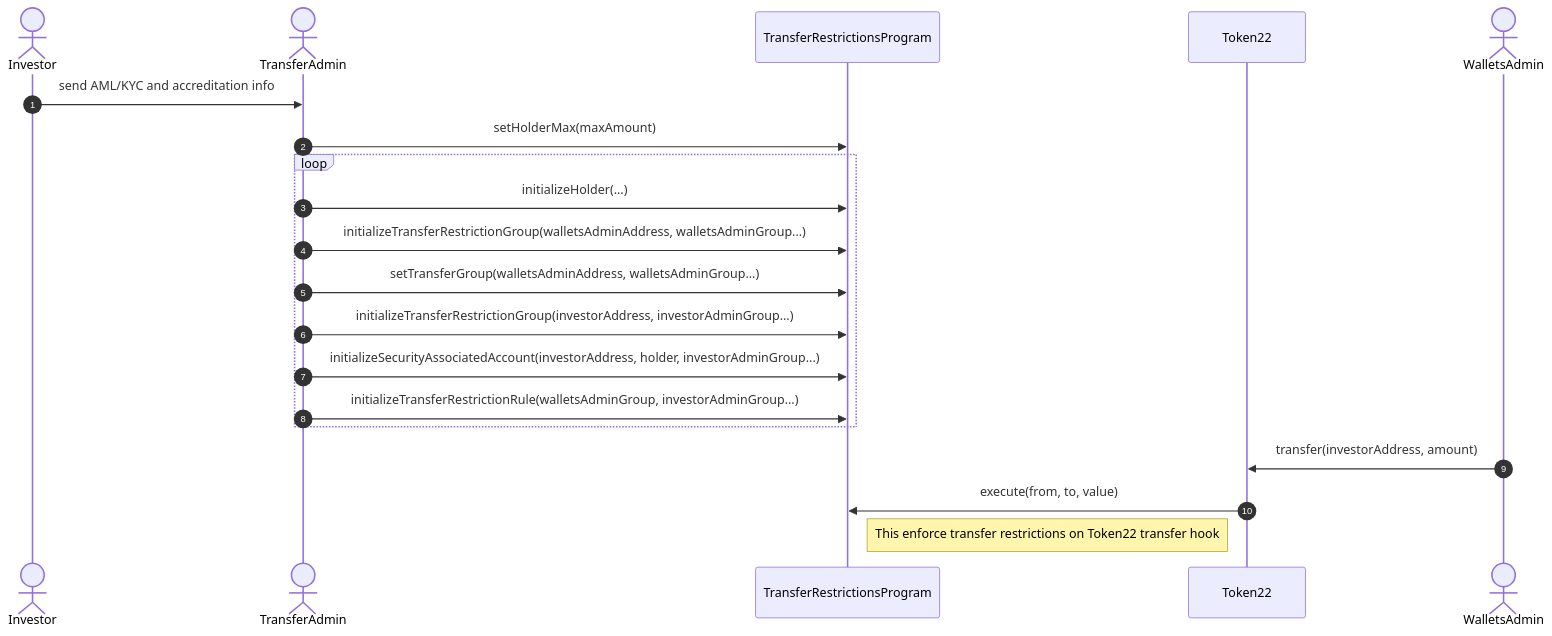
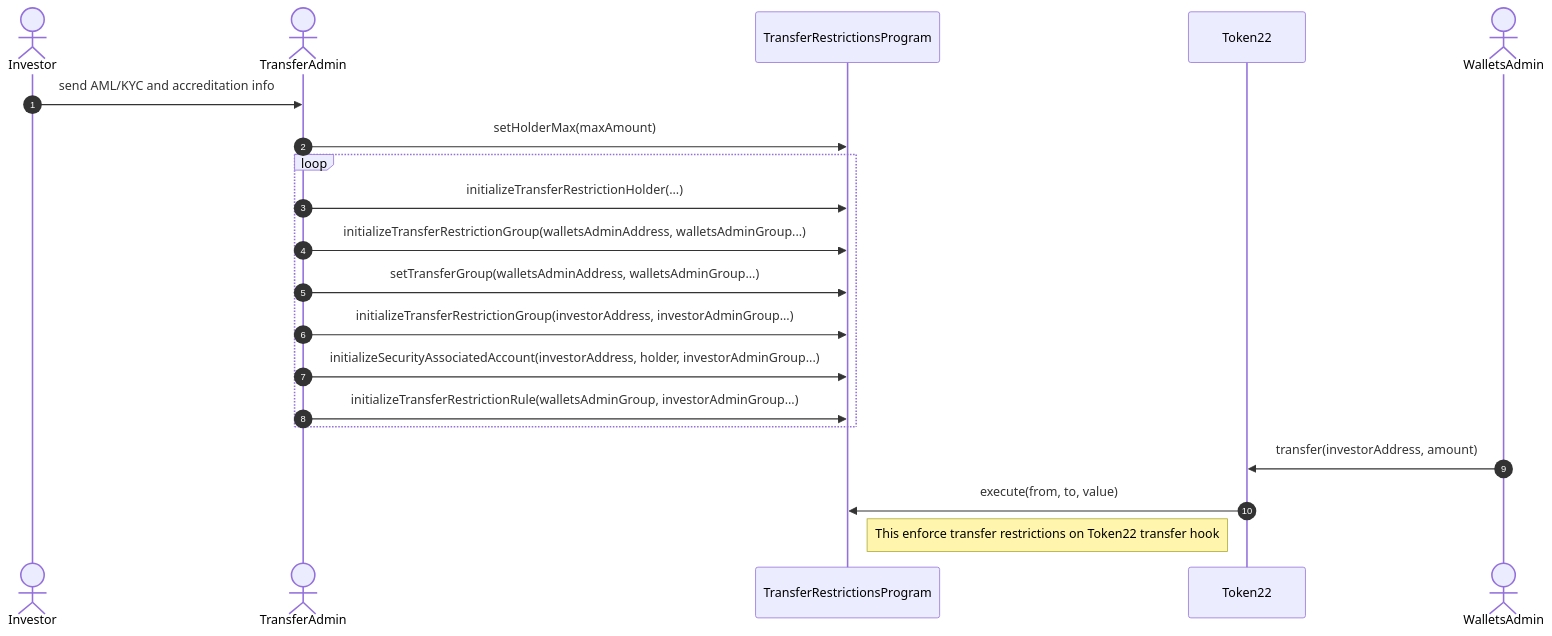
The fourth of 5 diagrams in README.md (CoMakery/solana-security-token), drawn with Mermaid before and after one commit. The commit also changed other lines of this file and 55 other files, not shown here.

````diff
--- a/README.md
+++ b/README.md
@@ -370,25 +438,25 @@
 ```mermaid
 sequenceDiagram
   autonumber
   actor Investor
   actor TransferAdmin
 
   participant TransferRestrictionsProgram
   participant Token22
 
   actor WalletsAdmin
 
   Investor ->> TransferAdmin: send AML/KYC and accreditation info
   TransferAdmin ->> TransferRestrictionsProgram: setHolderMax(maxAmount)
   loop
-    TransferAdmin ->> TransferRestrictionsProgram: initializeHolder(...)
+    TransferAdmin ->> TransferRestrictionsProgram: initializeTransferRestrictionHolder(...)
     TransferAdmin ->> TransferRestrictionsProgram: initializeTransferRestrictionGroup(walletsAdminAddress, walletsAdminGroup...)
     TransferAdmin ->> TransferRestrictionsProgram: setTransferGroup(walletsAdminAddress, walletsAdminGroup...)
     TransferAdmin ->> TransferRestrictionsProgram: initializeTransferRestrictionGroup(investorAddress, investorAdminGroup...)
     TransferAdmin ->> TransferRestrictionsProgram: initializeSecurityAssociatedAccount(investorAddress, holder, investorAdminGroup...)
     TransferAdmin ->> TransferRestrictionsProgram: initializeTransferRestrictionRule(walletsAdminGroup, investorAdminGroup...)
   end
   WalletsAdmin ->> Token22: transfer(investorAddress, amount)
   Token22 ->> TransferRestrictionsProgram: execute(from, to, value)
   Note right of TransferRestrictionsProgram: This enforce transfer restrictions on Token22 transfer hook
 ```
````
